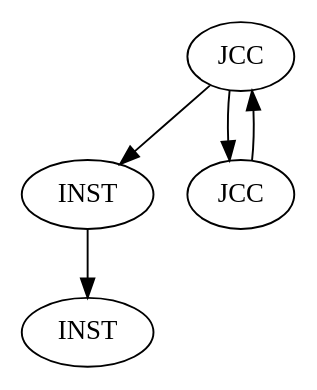
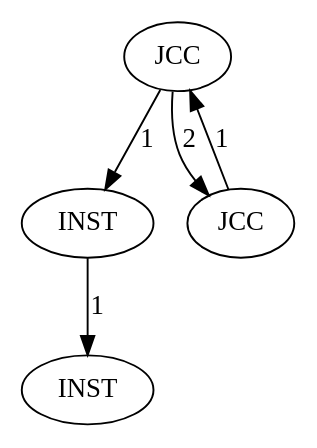
One commit to yaps8/griso changed the diagram in tests_graphs/test4/test.dot. Above: the diagram before and after it, drawn with Graphviz. The commit also changed 25 other files, not shown here.

```diff
--- a/tests_graphs/test4/test.dot
+++ b/tests_graphs/test4/test.dot
@@ -1,10 +1,10 @@
 Digraph G {
 "A" [label = "JCC" , options="root"]
 "B" [label = "INST"]
 "C" [label = "JCC"]
 "D" [label = "INST"]
-"A" -> "B"
-"A" -> "C"
-"B" -> "D"
-"C" -> "A"
+"A" -> "B" [label = "1"]
+"A" -> "C" [label = "2"]
+"B" -> "D" [label = "1"]
+"C" -> "A" [label = "1"]
 }
```
